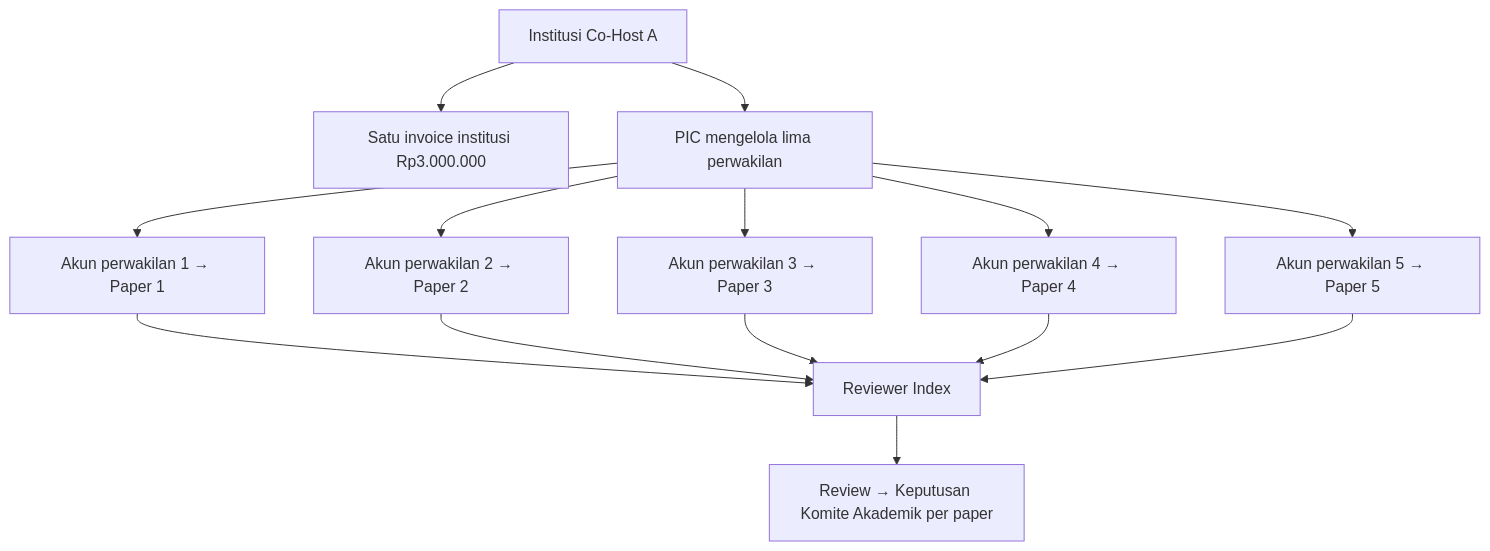
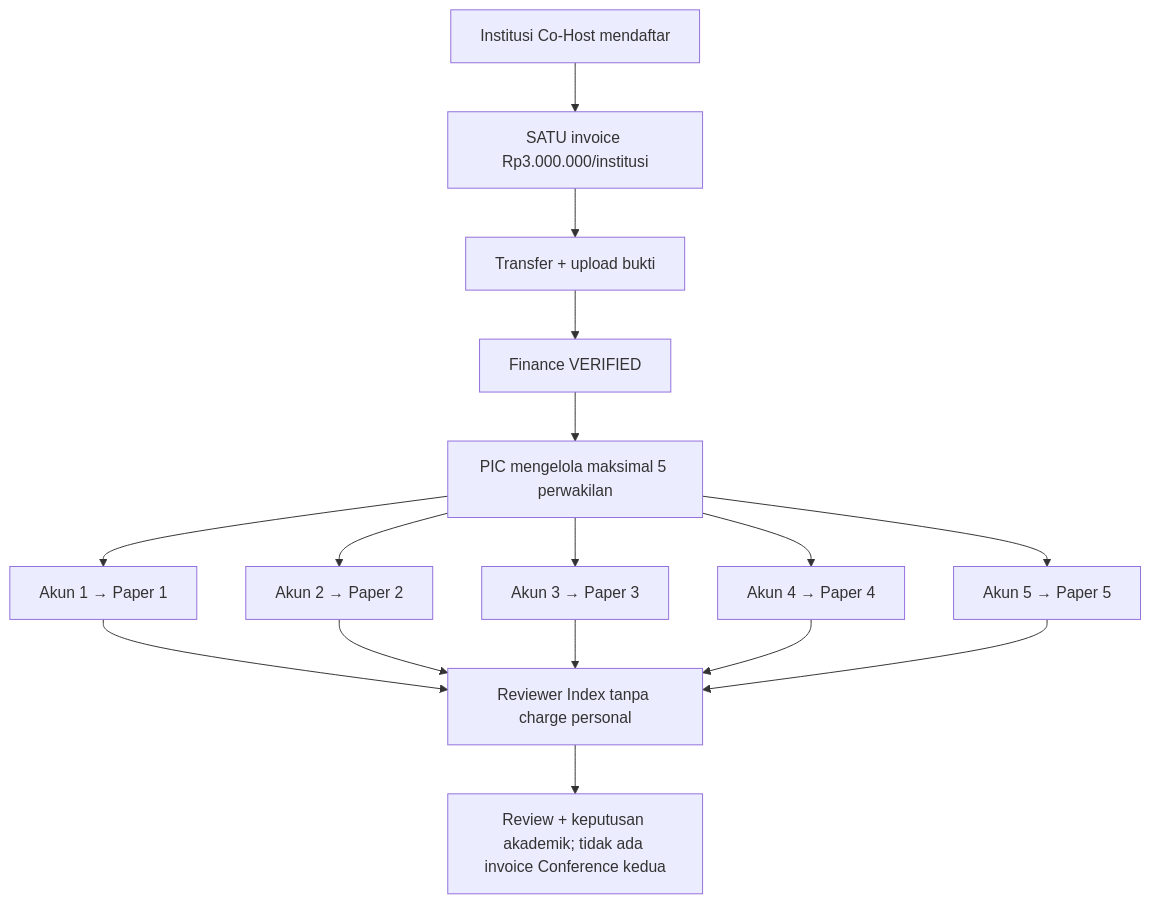
Before and after one commit to akhmadafnan/iches-unisya: the diagram in docs/16-COHOST-LIMA-PAPER-PERWAKILAN.md, drawn with Mermaid. The commit also changed other lines of this file and 6 other files, not shown here.

Commit message:
docs: make Co-Host and package Mermaid flows require Finance VERIFIED

````diff
--- a/docs/16-COHOST-LIMA-PAPER-PERWAKILAN.md
+++ b/docs/16-COHOST-LIMA-PAPER-PERWAKILAN.md
@@ -7,16 +9,18 @@
 ```mermaid
 flowchart TD
-  I["Institusi Co-Host A"] --> F["Satu invoice institusi Rp3.000.000"]
-  I --> PIC["PIC mengelola lima perwakilan"]
-  PIC --> A["Akun perwakilan 1 → Paper 1"]
-  PIC --> B["Akun perwakilan 2 → Paper 2"]
-  PIC --> C["Akun perwakilan 3 → Paper 3"]
-  PIC --> D["Akun perwakilan 4 → Paper 4"]
-  PIC --> E["Akun perwakilan 5 → Paper 5"]
-  A --> R["Reviewer Index"]
-  B --> R
-  C --> R
-  D --> R
-  E --> R
-  R --> K["Review → Keputusan Komite Akademik per paper"]
+ I["Institusi Co-Host mendaftar"] --> F["SATU invoice Rp3.000.000/institusi"]
+ F --> P["Transfer + upload bukti"]
+ P --> FV["Finance VERIFIED"]
+ FV --> PIC["PIC mengelola maksimal 5 perwakilan"]
+ PIC --> A["Akun 1 → Paper 1"]
+ PIC --> B["Akun 2 → Paper 2"]
+ PIC --> C["Akun 3 → Paper 3"]
+ PIC --> D["Akun 4 → Paper 4"]
+ PIC --> E["Akun 5 → Paper 5"]
+ A --> R["Reviewer Index tanpa charge personal"]
+ B --> R
+ C --> R
+ D --> R
+ E --> R
+ R --> K["Review + keputusan akademik; tidak ada invoice Conference kedua"]
 ```
````
